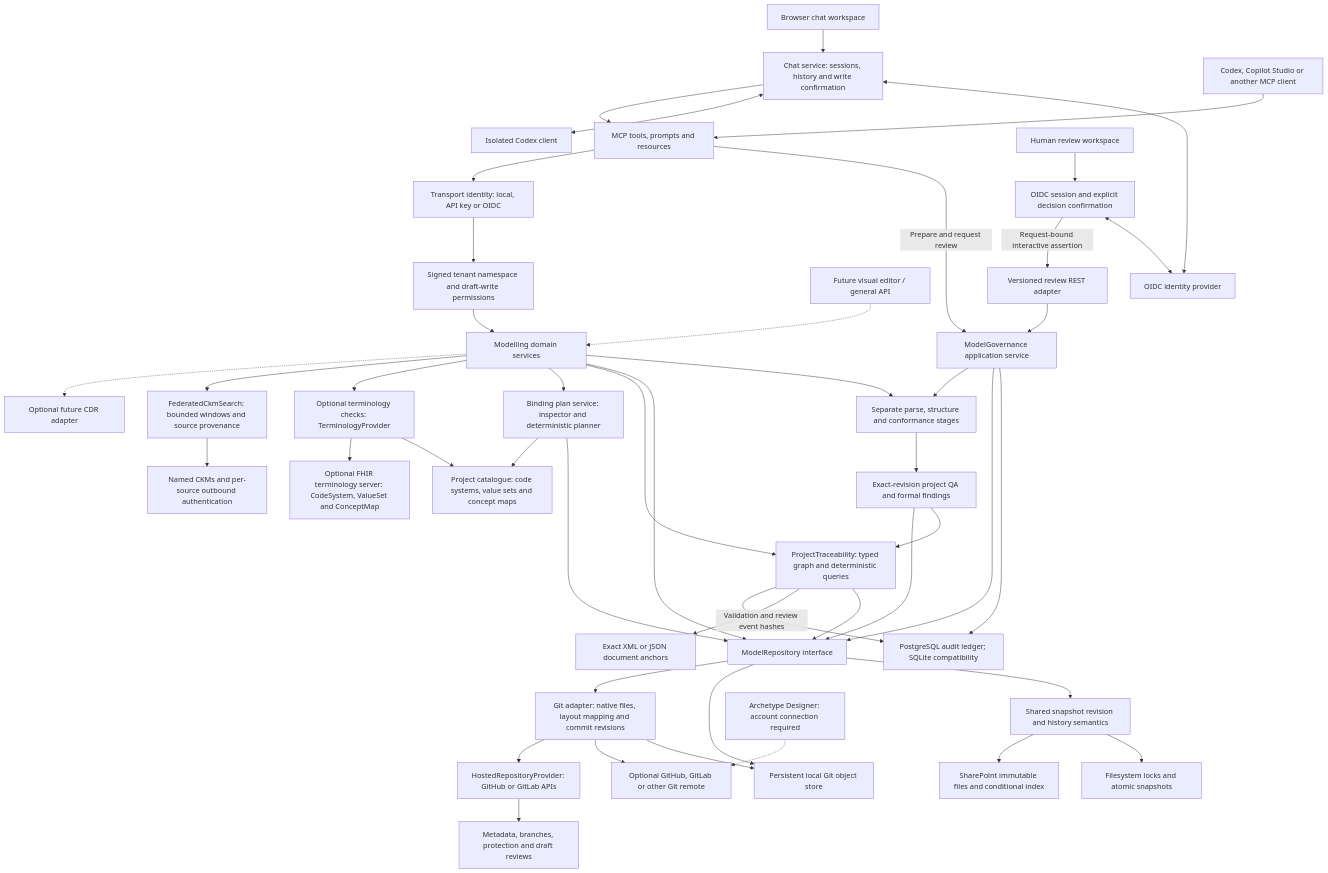
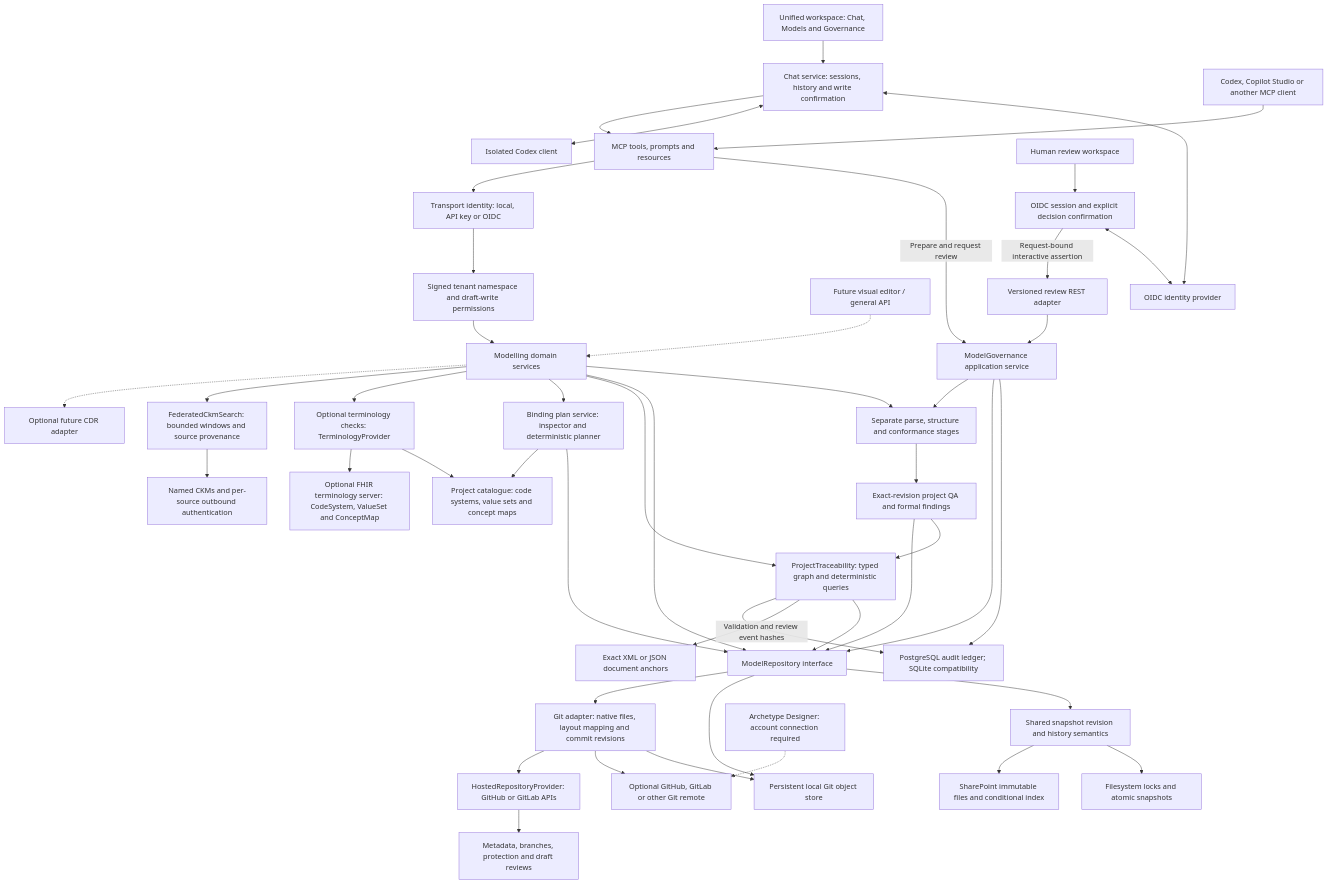
One commit to CzarMich/openehr-modelling-assistant changed the diagram in docs/ARCHITECTURE.md. Above: the diagram before and after it, drawn with Mermaid. The commit also changed other lines of this file and 33 other files, not shown here.

Commit message:
feat(ui): unify chat, model browsing and governance workspace

````diff
--- a/docs/ARCHITECTURE.md
+++ b/docs/ARCHITECTURE.md
@@ -5,48 +5,48 @@
 ```mermaid
 flowchart TB
-    Browser[Browser chat workspace] --> Chat[Chat service: sessions, history and write confirmation]
+    Browser[Unified workspace: Chat, Models and Governance] --> Chat[Chat service: sessions, history and write confirmation]
     Chat <--> Identity[OIDC identity provider]
     Chat <--> Codex[Isolated Codex client]
     Chat --> MCP[MCP tools, prompts and resources]
     AI[Codex, Copilot Studio or another MCP client] --> MCP[MCP tools, prompts and resources]
     UI[Future visual editor / general API] -.-> Core[Modelling domain services]
     Human[Human review workspace] --> BFF[OIDC session and explicit decision confirmation]
     BFF <--> Identity
     BFF -->|Request-bound interactive assertion| REST[Versioned review REST adapter]
     REST --> Governance[ModelGovernance application service]
     MCP -->|Prepare and request review| Governance
     Governance --> Ledger[PostgreSQL audit ledger; SQLite compatibility]
     Governance --> Repository
     Governance --> Validation
     MCP --> Auth[Transport identity: local, API key or OIDC]
     Auth --> Scope[Signed tenant namespace and draft-write permissions]
     Scope --> Core
     Core --> Validation[Separate parse, structure and conformance stages]
     Validation --> Quality[Exact-revision project QA and formal findings]
     Quality --> Trace
     Quality --> Repository
     Core --> Repository[ModelRepository interface]
     Core --> Trace[ProjectTraceability: typed graph and deterministic queries]
     Trace --> Repository
     Trace --> Anchors[Exact XML or JSON document anchors]
     Trace -->|Validation and review event hashes| Ledger
     Repository --> Snap[Shared snapshot revision and history semantics]
     Repository --> Cache[Optional Valkey cache: tenant and immutable revision keys]
     Snap --> FS[Filesystem locks and atomic snapshots]
     Snap --> SP[SharePoint immutable files and conditional index]
     Repository --> Git[Git adapter: native files, layout mapping and commit revisions]
     Git --> Cache[Persistent local Git object store]
     Git --> Remote[Optional GitHub, GitLab or other Git remote]
     Git --> Hosting[HostedRepositoryProvider: GitHub or GitLab APIs]
     Hosting --> Reviews[Metadata, branches, protection and draft reviews]
     Designer[Archetype Designer: account connection required] -.-> Remote
     Core --> Plans[Binding plan service: inspector and deterministic planner]
     Plans --> Repository
     Plans --> Local
     Core --> Terms[Optional terminology checks: TerminologyProvider]
     Terms --> Local[Project catalogue: code systems, value sets and concept maps]
     Terms --> FHIR[Optional FHIR terminology server: CodeSystem, ValueSet and ConceptMap]
     Core --> Federation[FederatedCkmSearch: bounded windows and source provenance]
     Federation --> CKM[Named CKMs and per-source outbound authentication]
     Core -.-> CDR[Optional future CDR adapter]
 ```
````
